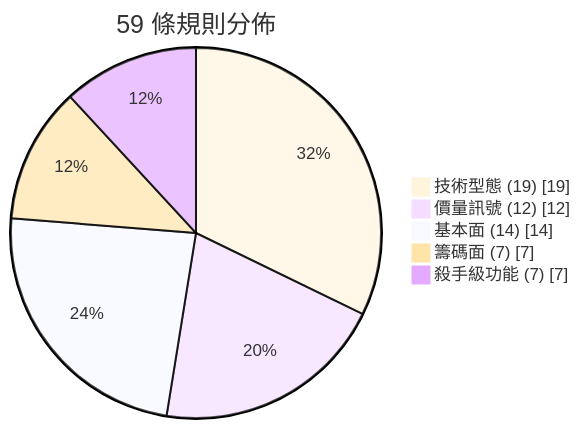
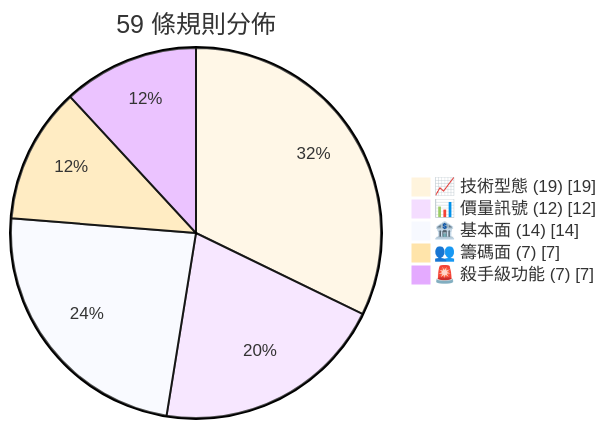
Before and after one commit to Neal75418/afterclose: the second of 2 diagrams in README.md, drawn with Mermaid. The commit also changed other lines of this file and 40 other files, not shown here.

````diff
--- a/README.md
+++ b/README.md
@@ -163,9 +181,9 @@
 ```mermaid
 %%{init: {'theme': 'base', 'themeVariables': {'pieOuterStrokeWidth': '2px', 'fontSize': '14px'}}}%%
 pie showData title 59 條規則分佈
-    "技術型態 (19)" : 19
-    "價量訊號 (12)" : 12
-    "基本面 (14)" : 14
-    "籌碼面 (7)" : 7
-    "殺手級功能 (7)" : 7
+    "📈 技術型態 (19)" : 19
+    "📊 價量訊號 (12)" : 12
+    "🏦 基本面 (14)" : 14
+    "👥 籌碼面 (7)" : 7
+    "🚨 殺手級功能 (7)" : 7
 ```
````
